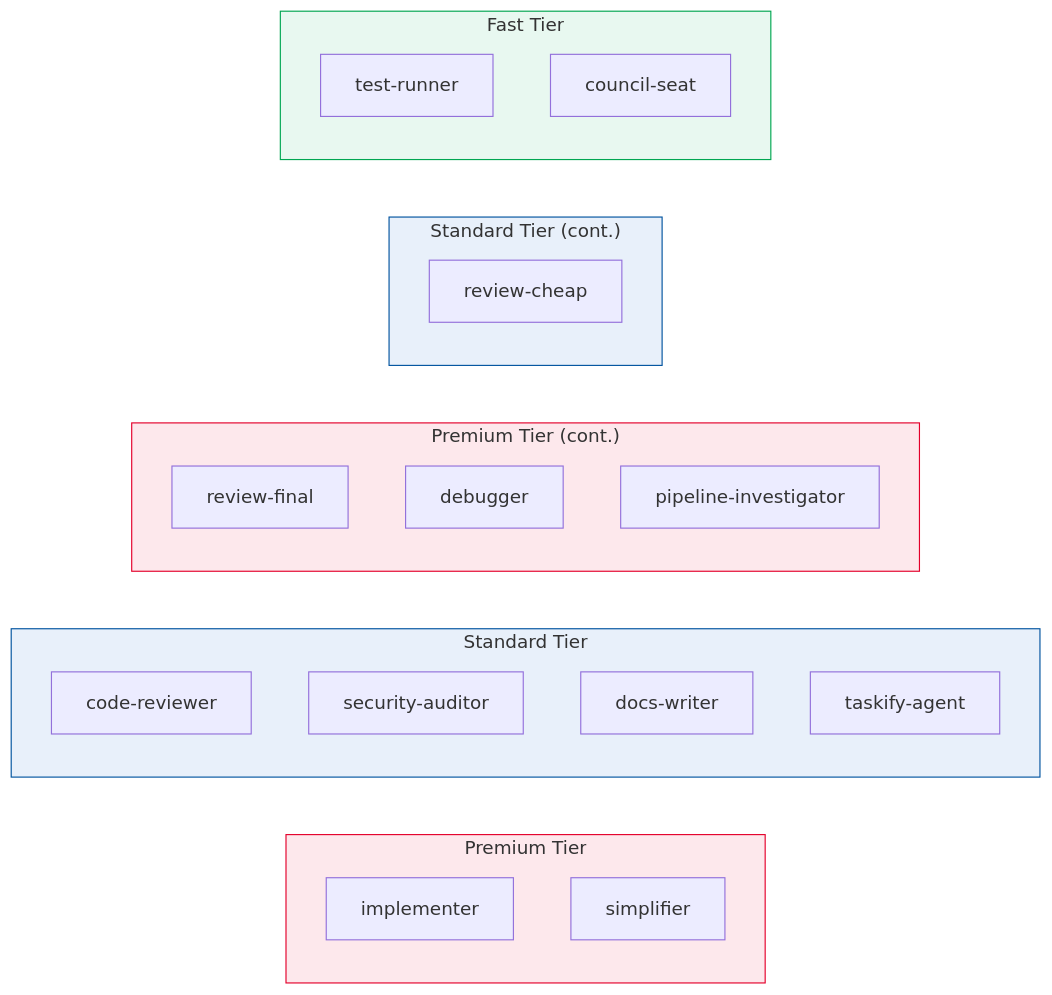
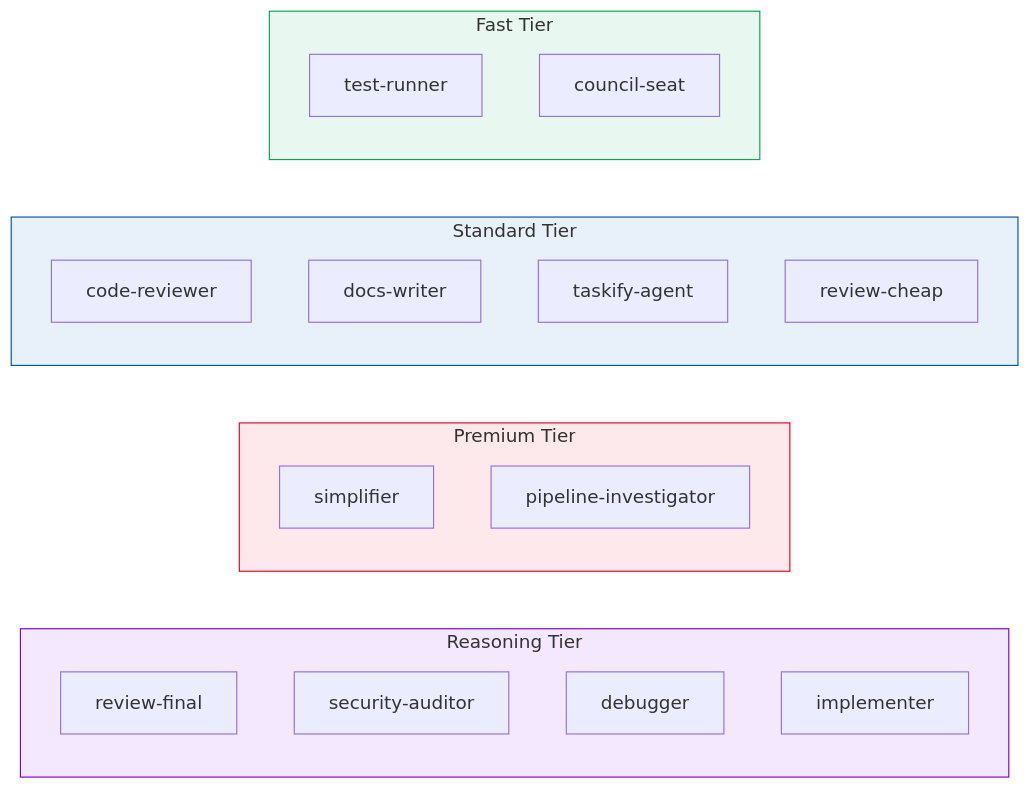
Before and after one commit to sean8601/mockserver-monorepo: the second of 7 diagrams in docs/operations/opencode-configuration.md, drawn with Mermaid. The commit also changed other lines of this file and 5 other files, not shown here.

First line of the commit message:
chore(agents): add reasoning tier to model/effort routing

````diff
--- a/docs/operations/opencode-configuration.md
+++ b/docs/operations/opencode-configuration.md
@@ -150,35 +150,31 @@
 ```mermaid
 flowchart LR
+    subgraph Reasoning["Reasoning Tier"]
+        RF["review-final"]
+        SA["security-auditor"]
+        DB["debugger"]
+        IMP["implementer"]
+    end
+
     subgraph Premium["Premium Tier"]
-        IMP["implementer"]
         SIM["simplifier"]
+        PI["pipeline-investigator"]
     end
 
     subgraph Standard["Standard Tier"]
         CR["code-reviewer"]
-        SA["security-auditor"]
         DW["docs-writer"]
         TA["taskify-agent"]
-    end
-
-    subgraph Premium2["Premium Tier (cont.)"]
-        RF["review-final"]
-        DB["debugger"]
-        PI["pipeline-investigator"]
-    end
-
-    subgraph Standard2["Standard Tier (cont.)"]
         RC["review-cheap"]
     end
 
     subgraph Fast["Fast Tier"]
         TR["test-runner"]
         CS["council-seat"]
     end
 
+    style Reasoning fill:#f3e8fd,stroke:#7a00cc
     style Premium fill:#fde8ec,stroke:#e4002b
     style Standard fill:#e8f0fa,stroke:#00539f
-    style Premium2 fill:#fde8ec,stroke:#e4002b
-    style Standard2 fill:#e8f0fa,stroke:#00539f
     style Fast fill:#e8f8f0,stroke:#00a651
 ```
````
